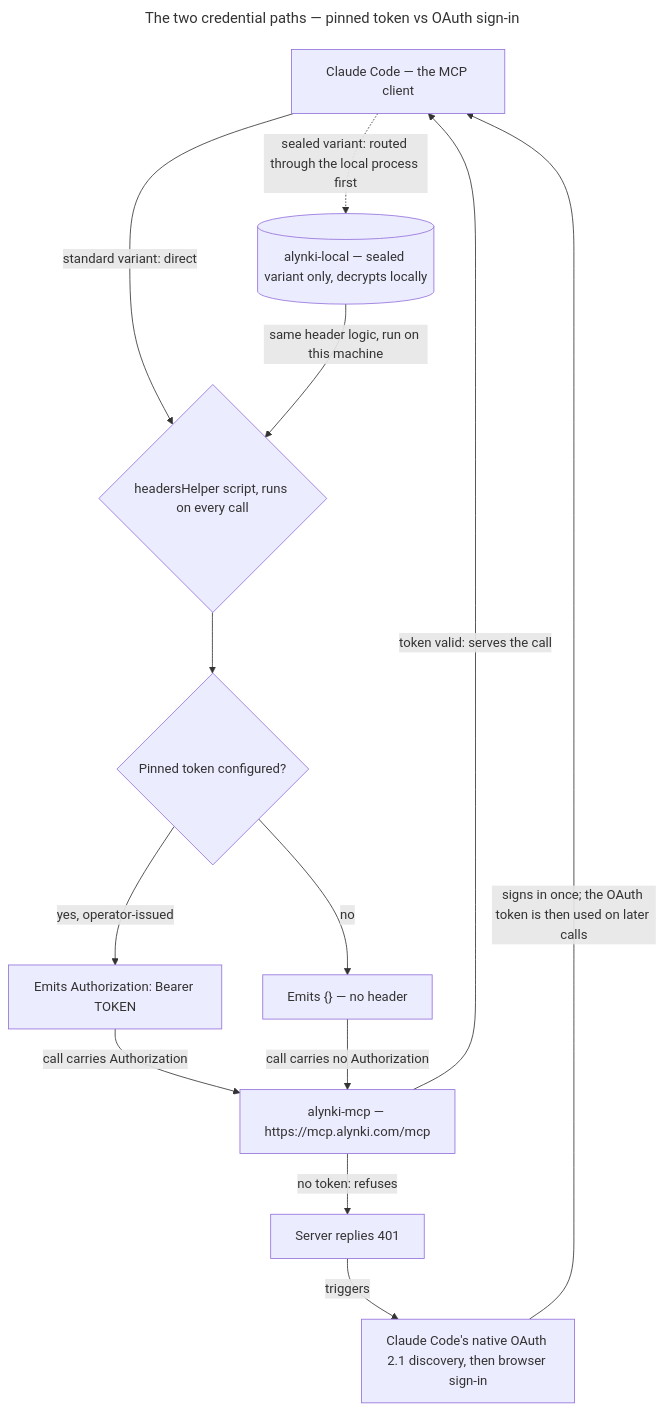
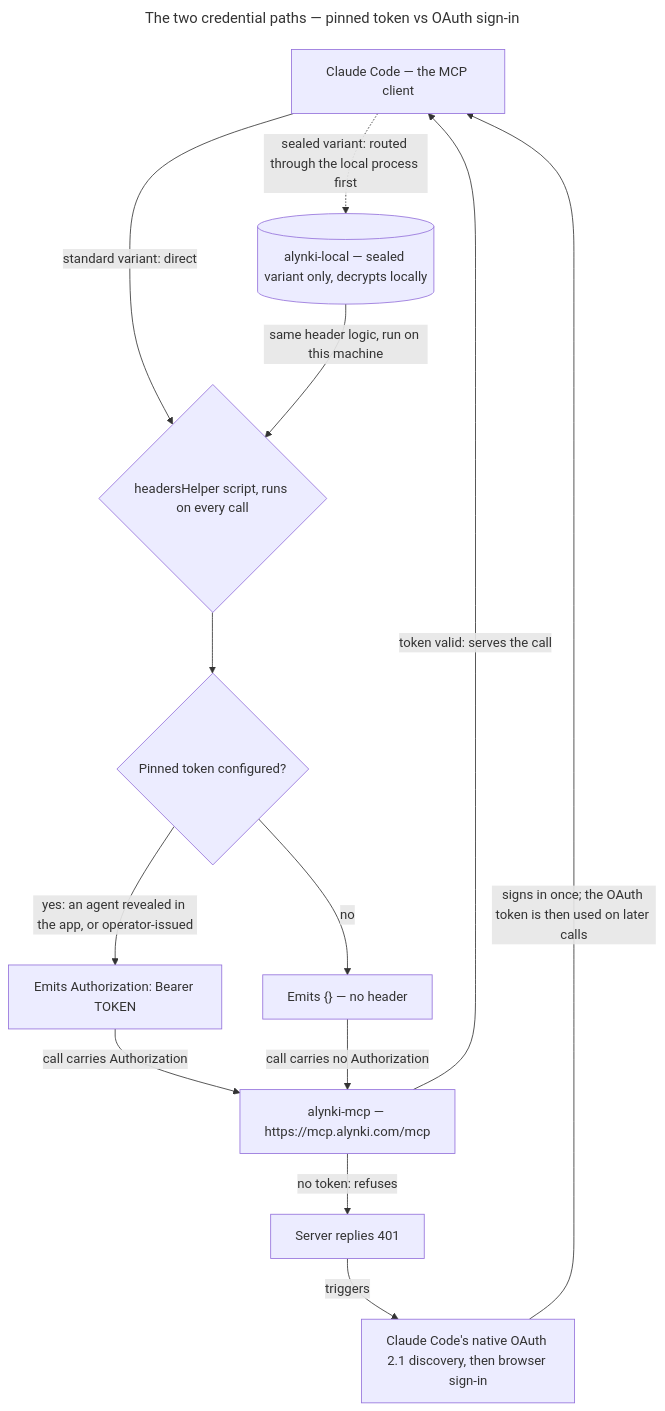
One commit to alynki/plugin changed the diagram in README.md. Above: the diagram before and after it, drawn with Mermaid. The commit also changed other lines of this file and 3 other files, not shown here.

First line of the commit message:
Pinned tokens: an agent revealed in the app, or operator-issued (alynki/alynki#956) (#37)

````diff
--- a/README.md
+++ b/README.md
@@ -21,28 +21,28 @@
 ```mermaid
 ---
 title: The two credential paths — pinned token vs OAuth sign-in
 ---
 graph TB
   cc["Claude Code — the MCP client"]
   local[("alynki-local — sealed variant only, decrypts locally")]
   helper{"headersHelper script, runs on every call"}
   decide{"Pinned token configured?"}
   hdr["Emits Authorization: Bearer TOKEN"]
   empty["Emits {} — no header"]
   srv["alynki-mcp — https://mcp.alynki.com/mcp"]
   unauth["Server replies 401"]
   oauth["Claude Code's native OAuth 2.1 discovery, then browser sign-in"]
 
   cc -->|"standard variant: direct"| helper
   cc -.->|"sealed variant: routed through the local process first"| local
   local -->|"same header logic, run on this machine"| helper
   helper --> decide
-  decide -->|"yes, operator-issued"| hdr
+  decide -->|"yes: an agent revealed in the app, or operator-issued"| hdr
   decide -->|"no"| empty
   hdr -->|"call carries Authorization"| srv
   empty -->|"call carries no Authorization"| srv
   srv -->|"token valid: serves the call"| cc
   srv -->|"no token: refuses"| unauth
   unauth -->|"triggers"| oauth
   oauth -->|"signs in once; the OAuth token is then used on later calls"| cc
 ```
````
